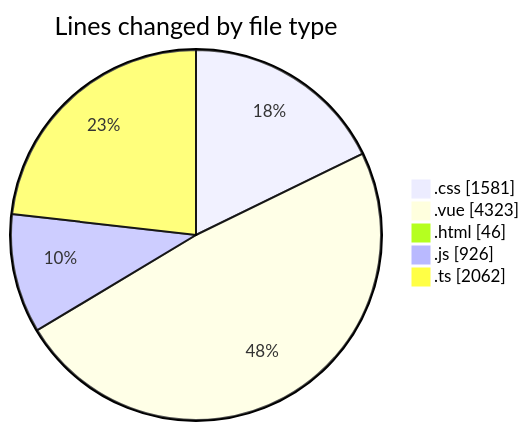
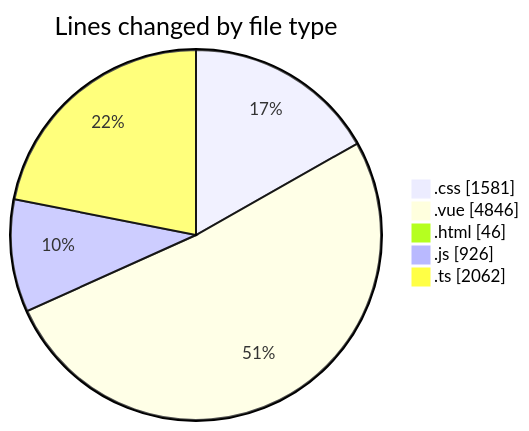
Before and after one commit to lephambinh05/code-tracking: the first of 2 diagrams in 2025-08-18/rentotp/README.md, drawn with Mermaid. The commit also changed other lines of this file and 1 other file, not shown here.

````diff
--- a/2025-08-18/rentotp/README.md
+++ b/2025-08-18/rentotp/README.md
@@ -50,9 +51,9 @@
 ```mermaid
 pie showData
 title Lines changed by file type
 ".css" : 1581
-".vue" : 4323
+".vue" : 4846
 ".html" : 46
 ".js" : 926
 ".ts" : 2062
 ```
````
